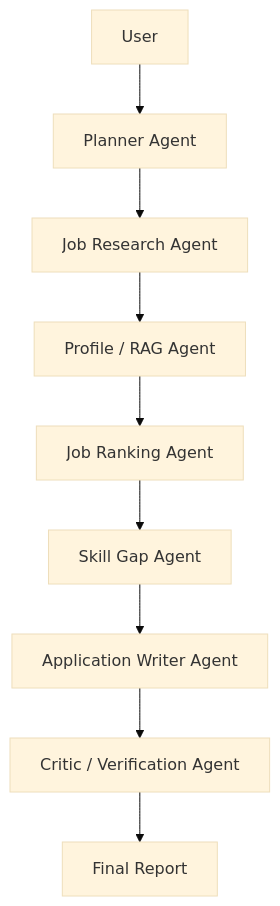
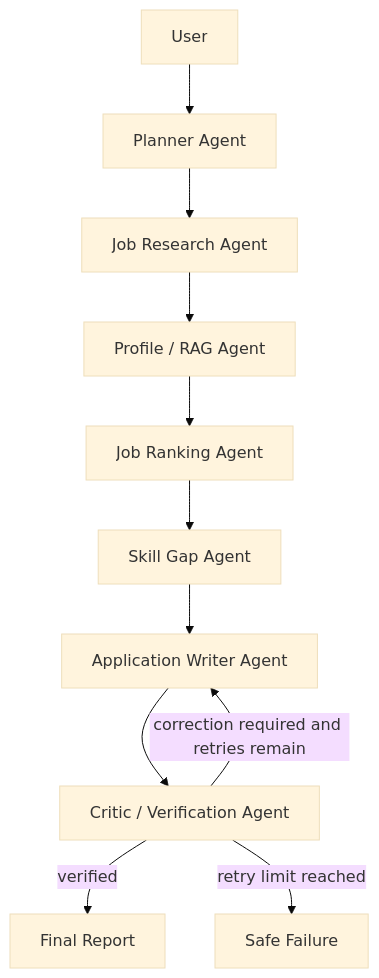
The diagram in README.md (taka2706/careerpilot-ai), drawn with Mermaid (base theme) before and after one commit. The commit also changed other lines of this file and 2 other files, not shown here.

Commit message:
docs: document the full CareerPilot architecture

````diff
--- a/README.md
+++ b/README.md
@@ -21,11 +21,13 @@
 ```mermaid
 flowchart TD
     U[User] --> P[Planner Agent]
     P --> J[Job Research Agent]
     J --> R[Profile / RAG Agent]
     R --> K[Job Ranking Agent]
     K --> S[Skill Gap Agent]
     S --> A[Application Writer Agent]
     A --> C[Critic / Verification Agent]
-    C --> F[Final Report]
+    C -->|verified| F[Final Report]
+    C -->|correction required and retries remain| A
+    C -->|retry limit reached| X[Safe Failure]
 ```
````
